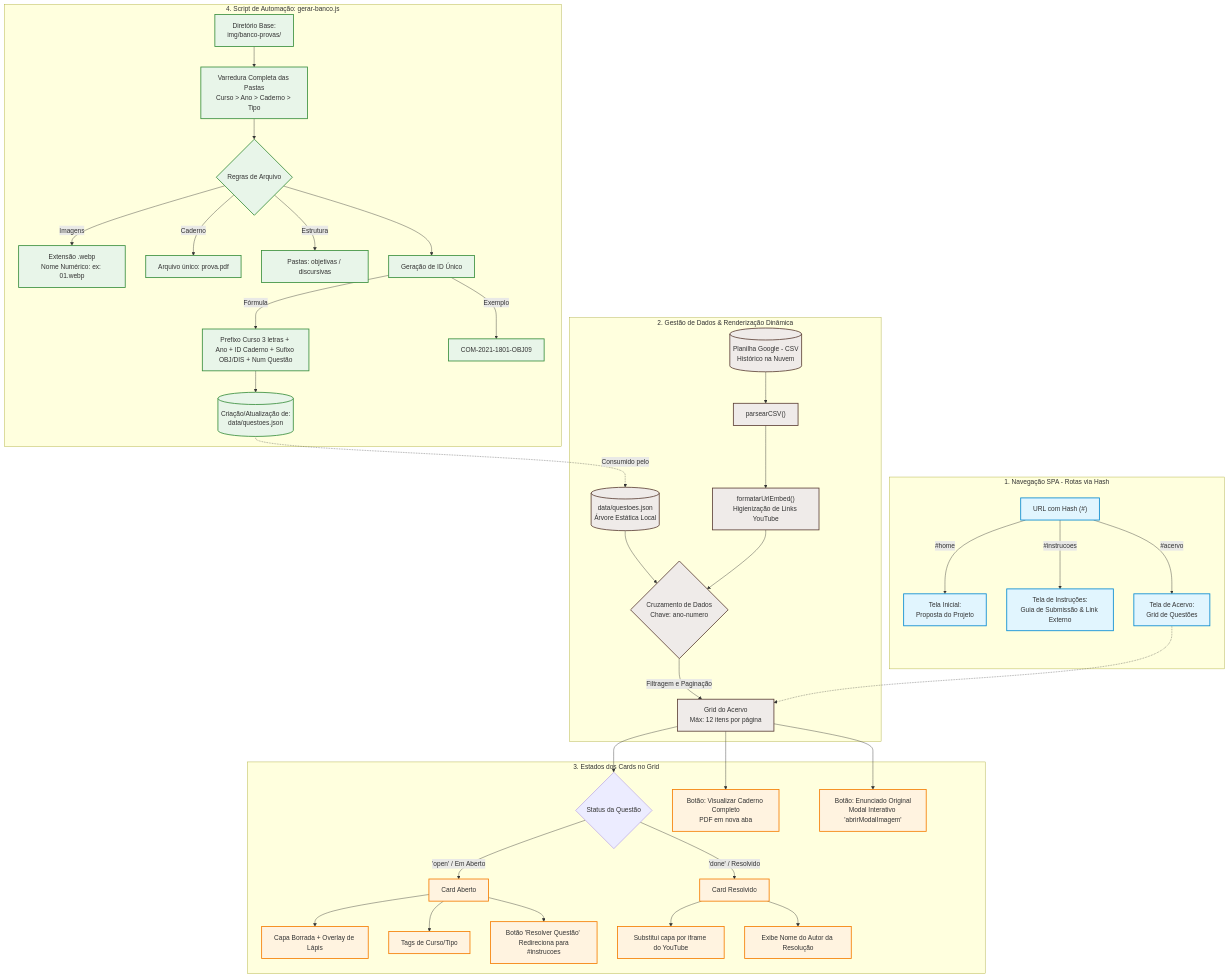
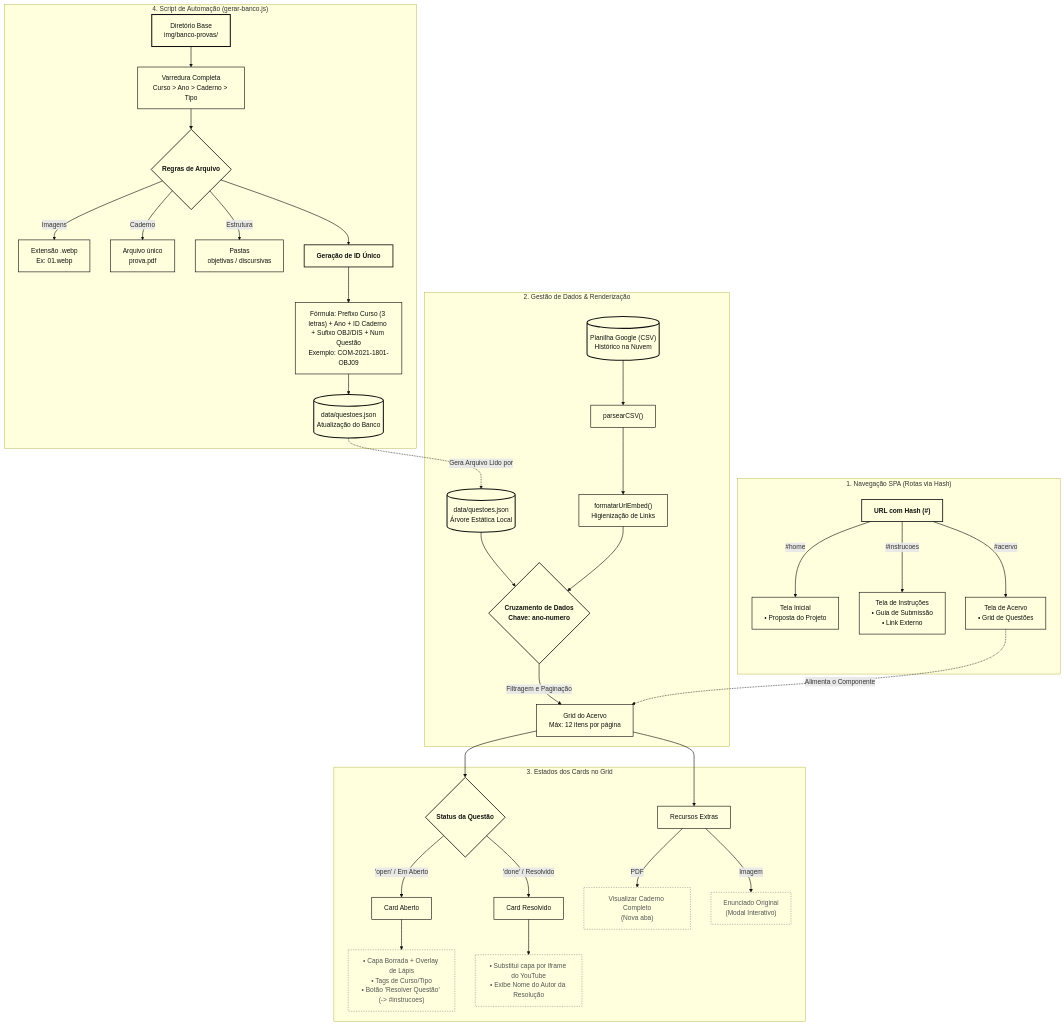
The diagram in README.md (techsiprepare/techsiprepare.github.io), drawn with Mermaid before and after one commit.

Commit message:
chore: tentando melhorar visualização do diagrama

````diff
--- a/README.md
+++ b/README.md
@@ -88,70 +88,77 @@
 ```mermaid
 graph TD
-    %% Estilos Globais e Definições de Subgráficos
-    classDef spa fill:#e1f5fe,stroke:#0288d1,stroke-width:2px;
-    classDef data fill:#efebe9,stroke:#5d4037,stroke-width:2px;
-    classDef automation fill:#e8f5e9,stroke:#388e3c,stroke-width:2px;
-    classDef UI fill:#fff3e0,stroke:#f57c00,stroke-width:2px;
+    %% Definição de Estilos: Apenas Linhas e Texto (Sem Background)
+    classDef principal fill:none,stroke:#111111,stroke-width:1.5px,color:#111111;
+    classDef secundario fill:none,stroke:#666666,stroke-width:1px,stroke-dasharray: 3 3,color:#555555;
+    classDef dados fill:none,stroke:#111111,stroke-width:2.5px,color:#111111;
+    classDef Destaque fill:none,stroke:#111111,stroke-width:2px,font-weight:bold,color:#111111;
 
-    %% 1. FLUXO UX/UI (SPA)
-    subgraph SPA ["1. Navegação SPA - Rotas via Hash"]
-        R["URL com Hash (#)"] -->|#home| H["Tela Inicial:<br>Proposta do Projeto"]
-        R -->|#instrucoes| I["Tela de Instruções:<br>Guia de Submissão & Link Externo"]
-        R -->|#acervo| A["Tela de Acervo:<br>Grid de Questões"]
+    %% 1. NAVEGAÇÃO SPA
+    subgraph SPA ["1. Navegação SPA (Rotas via Hash)"]
+        R["URL com Hash (#)"] -->|#home| H["Tela Inicial<br>• Proposta do Projeto"]
+        R -->|#instrucoes| I["Tela de Instruções<br>• Guia de Submissão<br>• Link Externo"]
+        R -->|#acervo| A["Tela de Acervo<br>• Grid de Questões"]
     end
-    class H,I,A,R spa;
+    class R Destaque;
+    class H,I,A principal;
 
     %% 2. GESTÃO E MERGE DE DADOS
-    subgraph DATA ["2. Gestão de Dados & Renderização Dinâmica"]
+    subgraph DATA ["2. Gestão de Dados & Renderização"]
         JSON[("data/questoes.json<br>Árvore Estática Local")] --> Merge{"Cruzamento de Dados<br>Chave: ano-numero"}
+        CSV[("Planilha Google (CSV)<br>Histórico na Nuvem")] --> Parser["parsearCSV()"]
         
-        CSV[("Planilha Google - CSV<br>Histórico na Nuvem")] --> Parser["parsearCSV()"]
-        Parser --> Clean["formatarUrlEmbed()<br>Higienização de Links YouTube"]
+        Parser --> Clean["formatarUrlEmbed()<br>Higienização de Links"]
         Clean --> Merge
         
         Merge -->|Filtragem e Paginação| Grid["Grid do Acervo<br>Máx: 12 itens por página"]
     end
-    class JSON,CSV,Parser,Clean,Merge,Grid data;
+    class JSON,CSV dados;
+    class Merge Destaque;
+    class Parser,Clean,Grid principal;
 
-    %% 3. COMPORTAMENTO DOS CARDS (INTERFACE)
+    %% 3. ESTADOS DOS CARDS
     subgraph CARDS ["3. Estados dos Cards no Grid"]
         Grid --> CardOpen{"Status da Questão"}
         
         %% Estado Open
         CardOpen -->|'open' / Em Aberto| CO["Card Aberto"]
-        CO --> CO1["Capa Borrada + Overlay de Lápis"]
-        CO --> CO2["Tags de Curso/Tipo"]
-        CO --> CO3["Botão 'Resolver Questão' <br> Redireciona para #instrucoes"]
+        CO --> CO_Detalhe["• Capa Borrada + Overlay de Lápis<br>• Tags de Curso/Tipo<br>• Botão 'Resolver Questão' (-> #instrucoes)"]
         
         %% Estado Done
         CardOpen -->|'done' / Resolvido| CD["Card Resolvido"]
-        CD --> CD1["Substitui capa por iframe do YouTube"]
-        CD --> CD2["Exibe Nome do Autor da Resolução"]
+        CD --> CD_Detalhe["• Substitui capa por iframe do YouTube<br>• Exibe Nome do Autor da Resolução"]
         
         %% Recursos Extras
-        Grid --> Extra1["Botão: Visualizar Caderno Completo<br>PDF em nova aba"]
-        Grid --> Extra2["Botão: Enunciado Original<br>Modal Interativo 'abrirModalImagem'"]
+        Grid --> Extra["Recursos Extras"]
+        Extra -->|PDF| E1["Visualizar Caderno Completo<br>(Nova aba)"]
+        Extra -->|Imagem| E2["Enunciado Original<br>(Modal Interativo)"]
     end
-    class CO,CO1,CO2,CO3,CD,CD1,CD2,Extra1,Extra2 UI;
+    class CardOpen Destaque;
+    class CO,CD,Extra principal;
+    class CO_Detalhe,CD_Detalhe,E1,E2 secundario;
 
-    %% 4. AUTOMAÇÃO (SCRIPT NODE.JS)
-    subgraph AUTOMATION ["4. Script de Automação: gerar-banco.js"]
-        Folder["Diretório Base:<br>img/banco-provas/"] --> Scan["Varredura Completa das Pastas<br>Curso > Ano > Caderno > Tipo"]
+    %% 4. AUTOMAÇÃO
+    subgraph AUTOMATION ["4. Script de Automação (gerar-banco.js)"]
+        Folder["Diretório Base<br>img/banco-provas/"] --> Scan["Varredura Completa<br>Curso > Ano > Caderno > Tipo"]
+        Scan --> Rules{"Regras de Arquivo"}
         
-        Scan --> Rules{"Regras de Arquivo"}
-        Rules -->|Imagens| R1["Extensão .webp<br>Nome Numérico: ex: 01.webp"]
-        Rules -->|Caderno| R2["Arquivo único: prova.pdf"]
-        Rules -->|Estrutura| R3["Pastas: objetivas / discursivas"]
+        Rules -->|Imagens| R1["Extensão .webp<br>Ex: 01.webp"]
+        Rules -->|Caderno| R2["Arquivo único<br>prova.pdf"]
+        Rules -->|Estrutura| R3["Pastas<br>objetivas / discursivas"]
         
         Rules --> ID["Geração de ID Único"]
-        ID -->|Fórmula| IDF["Prefixo Curso 3 letras + Ano + ID Caderno + Sufixo OBJ/DIS + Num Questão"]
-        ID -->|Exemplo| IDE["COM-2021-1801-OBJ09"]
+        ID --> IDF["Fórmula: Prefixo Curso (3 letras) + Ano + ID Caderno + Sufixo OBJ/DIS + Num Questão<br>Exemplo: COM-2021-1801-OBJ09"]
         
-        IDF --> Output[("Criação/Atualização de:<br>data/questoes.json")]
-        Output -.->|Consumido pelo| JSON
+        IDF --> Output[("data/questoes.json<br>Atualização do Banco")]
     end
-    class Folder,Scan,Rules,R1,R2,R3,ID,IDF,IDE,Output automation;
+    class Folder,Output dados;
+    class Rules,ID Destaque;
+    class Scan,R1,R2,R3,IDF principal;
 
     %% Conexões entre blocos principais
-    A -.-> Grid
+    A -.->|Alimenta o Componente| Grid
+    Output -.->|Gera Arquivo Lido por| JSON
+
+    %% Ajuste de links para melhor visualização
+    linkStyle default stroke:#111111,stroke-width:1.5px;
 ```
````
